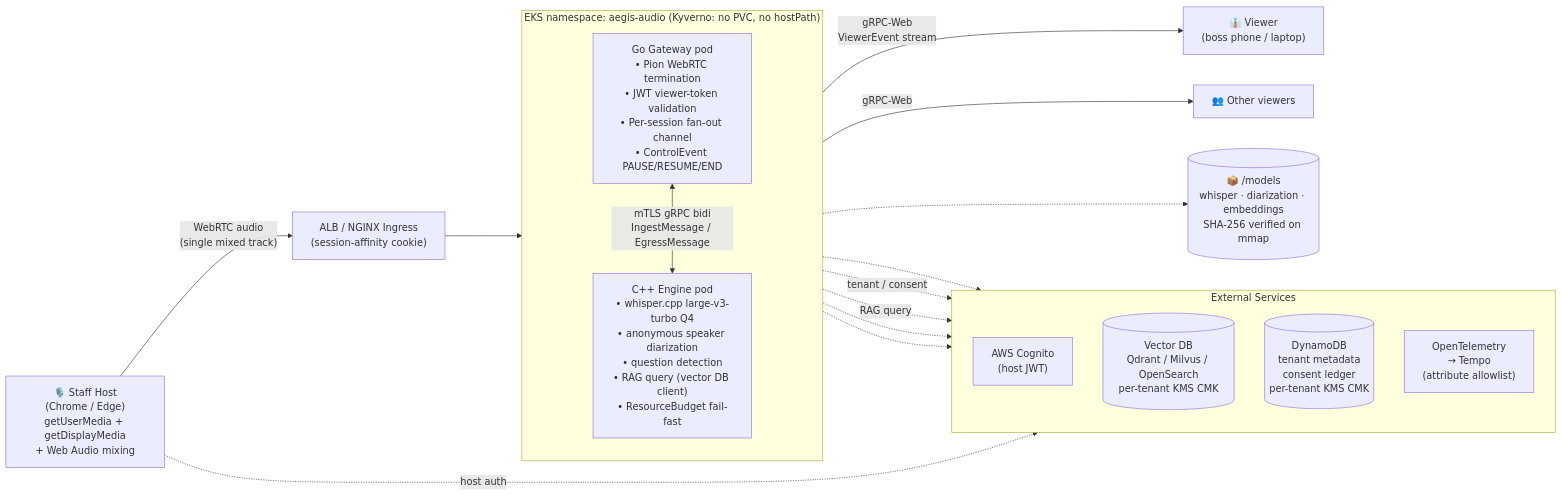
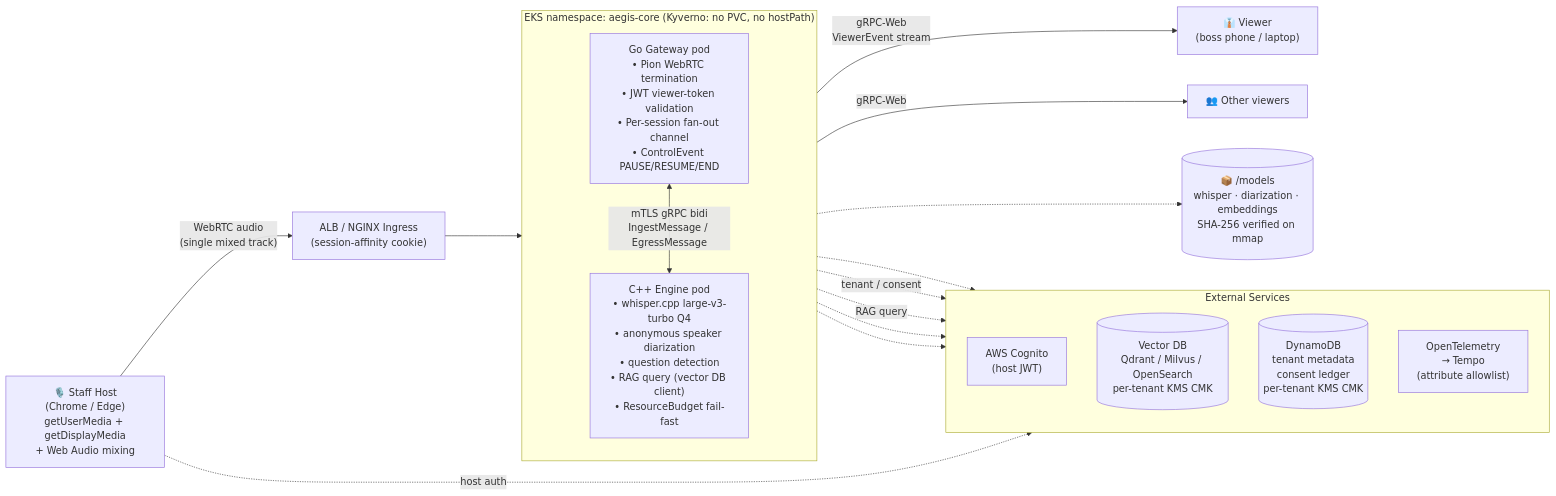
Before and after one commit to BinHsu/aegis-core: the first of 2 diagrams in ARCHITECTURE.md, drawn with Mermaid. The commit also changed 3 other files, not shown here.

First line of the commit message:
chore(namespace): aegis-core internal refs after deploy rename (Rule 11) (#139)

````diff
--- a/ARCHITECTURE.md
+++ b/ARCHITECTURE.md
@@ -29,37 +29,37 @@
 ```mermaid
 flowchart LR
     Staff["🎙️ Staff Host<br/>(Chrome / Edge)<br/>getUserMedia + getDisplayMedia<br/>+ Web Audio mixing"]
     Boss["👔 Viewer<br/>(boss phone / laptop)"]
     Other["👥 Other viewers"]
 
     Staff -->|"WebRTC audio<br/>(single mixed track)"| LB["ALB / NGINX Ingress<br/>(session-affinity cookie)"]
     LB --> GW
 
-    subgraph EKSNamespace["EKS namespace: aegis-audio (Kyverno: no PVC, no hostPath)"]
+    subgraph EKSNamespace["EKS namespace: aegis-core (Kyverno: no PVC, no hostPath)"]
         direction TB
         GW["Go Gateway pod<br/>• Pion WebRTC termination<br/>• JWT viewer-token validation<br/>• Per-session fan-out channel<br/>• ControlEvent PAUSE/RESUME/END"]
         ENG["C++ Engine pod<br/>• whisper.cpp large-v3-turbo Q4<br/>• anonymous speaker diarization<br/>• question detection<br/>• RAG query (vector DB client)<br/>• ResourceBudget fail-fast"]
         GW <-->|"mTLS gRPC bidi<br/>IngestMessage / EgressMessage"| ENG
     end
 
     GW -->|"gRPC-Web<br/>ViewerEvent stream"| Boss
     GW -->|"gRPC-Web"| Other
 
     subgraph ExternalServices["External Services"]
         direction TB
         Cognito["AWS Cognito<br/>(host JWT)"]
         VectorDB[("Vector DB<br/>Qdrant / Milvus / OpenSearch<br/>per-tenant KMS CMK")]
         DDB[("DynamoDB<br/>tenant metadata<br/>consent ledger<br/>per-tenant KMS CMK")]
         OTLP["OpenTelemetry<br/>→ Tempo<br/>(attribute allowlist)"]
     end
 
     Staff -.->|"host auth"| Cognito
     GW -.-> Cognito
     GW -.->|"tenant / consent"| DDB
     ENG -.->|"RAG query"| VectorDB
     GW -.-> OTLP
     ENG -.-> OTLP
 
     Models[("📦 /models<br/>whisper · diarization · embeddings<br/>SHA-256 verified on mmap")]
     ENG -.-> Models
 ```
````
